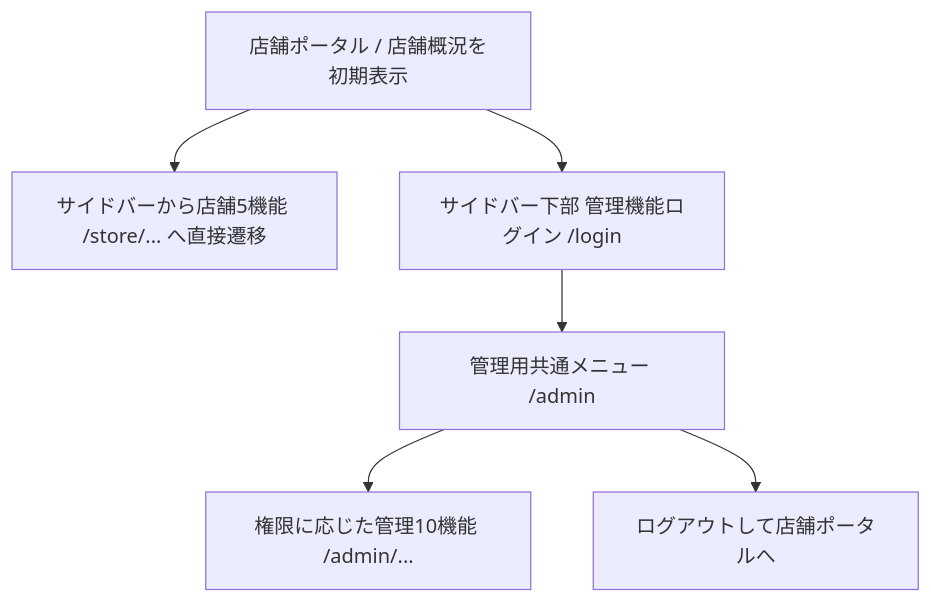
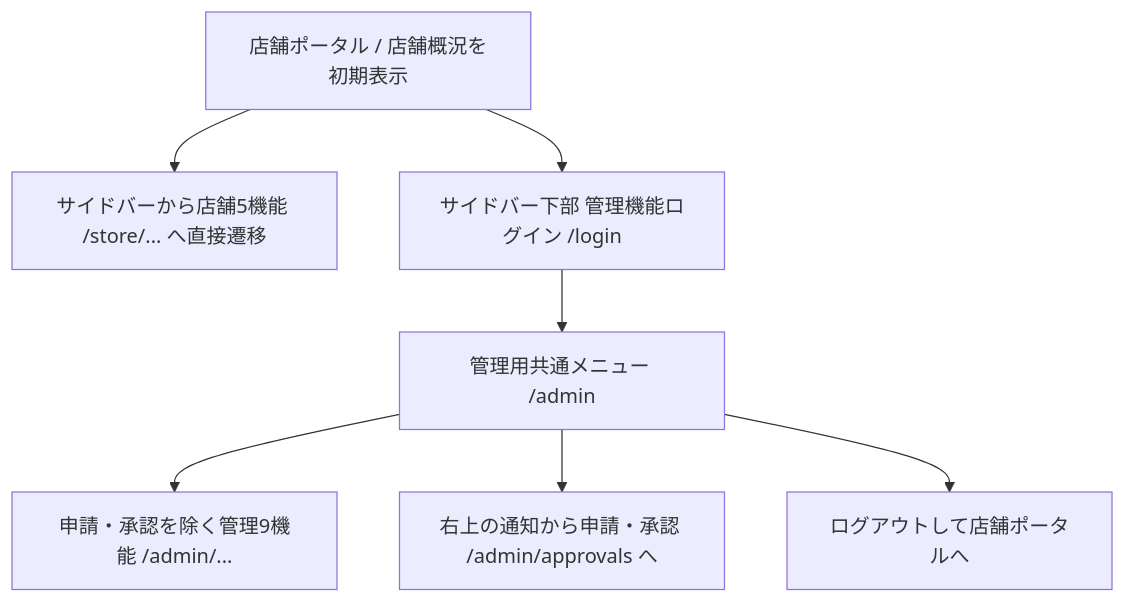
The diagram in docs/routes.md (WataruHirata/work), drawn with Mermaid before and after one commit. The commit also changed other lines of this file and 5 other files, not shown here.

````diff
--- a/docs/routes.md
+++ b/docs/routes.md
@@ -5,8 +5,9 @@
 ```mermaid
 flowchart TD
   P[店舗ポータル / 店舗概況を初期表示] --> SF[サイドバーから店舗5機能 /store/... へ直接遷移]
   P --> L[サイドバー下部 管理機能ログイン /login]
   L --> A[管理用共通メニュー /admin]
-  A --> AF[権限に応じた管理10機能 /admin/...]
+  A --> AF[申請・承認を除く管理9機能 /admin/...]
+  A --> N[右上の通知から申請・承認 /admin/approvals へ]
   A --> O[ログアウトして店舗ポータルへ]
 ```
````
